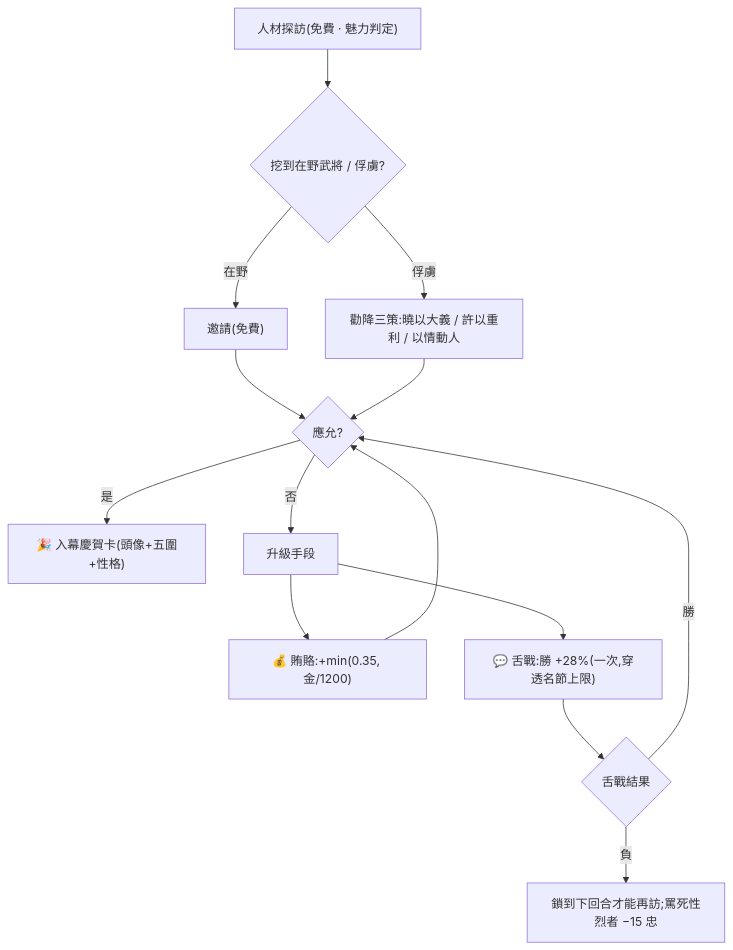
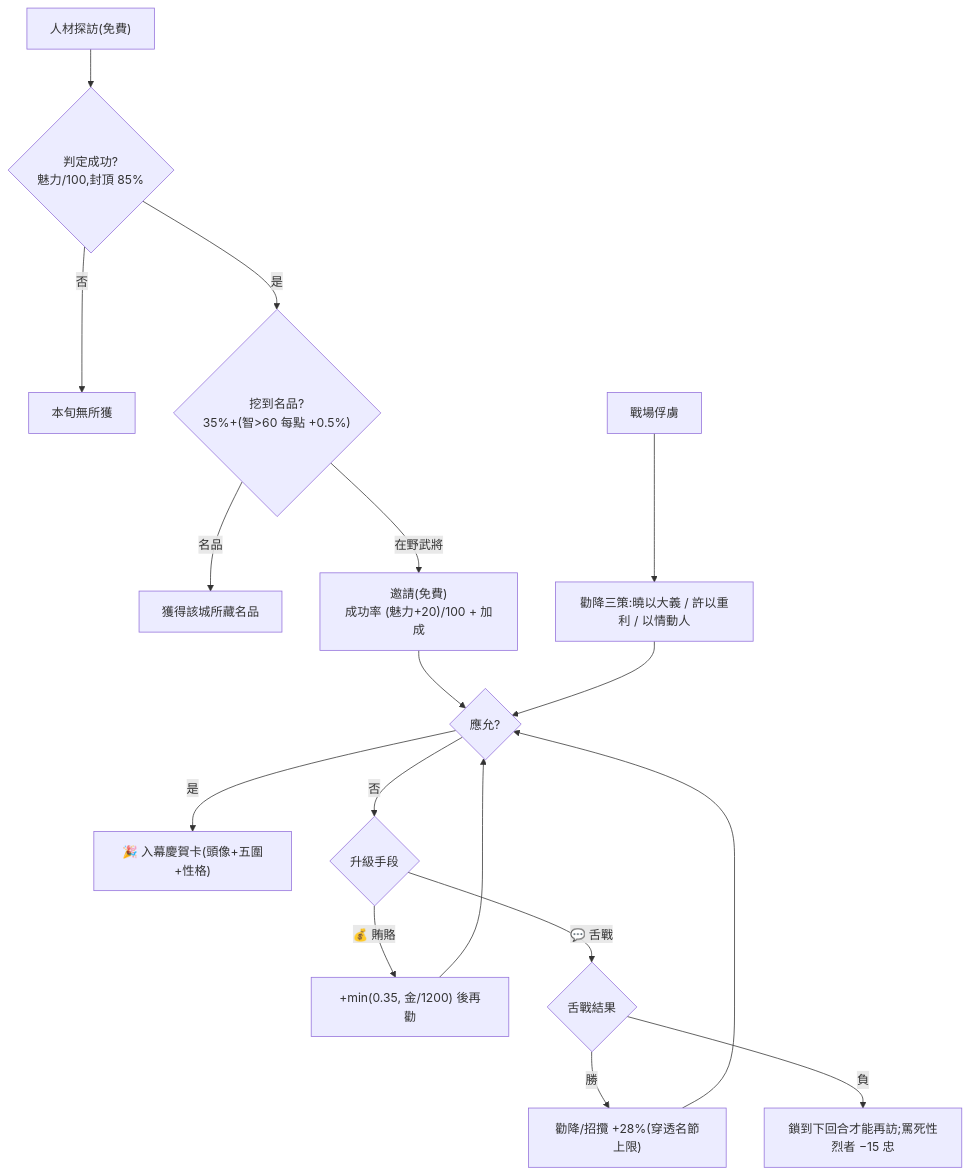
Before and after one commit to Seanye333/ThreeKingdomMasterIOS: the third of 5 diagrams in docs/GUIDE.md, drawn with Mermaid. The commit also changed other lines of this file, not shown here.

Commit message:
docs: 流程圖細化分支條件 — 招攬流程補上判定與分岔
圖3 招攬: was a single "在野/俘虜?" fork. Now models the real branches —
探訪 success roll (魅力/100, cap 85%), the item-vs-officer fork (35%+, +0.5%
per INT>60), invite odds ((魅力+20)/100), and the bribe/debate escalation
as labelled edges. 圖1: the endings branch now enumerates the six endings
instead of a generic "彈出結局".

````diff
--- a/docs/GUIDE.md
+++ b/docs/GUIDE.md
@@ -610,16 +610,19 @@
 ```mermaid
 flowchart TD
-  S["人材探訪(免費 · 魅力判定)"] --> R{"挖到在野武將 / 俘虜?"}
-  R -->|在野| A["邀請(免費)"]
-  R -->|俘虜| B["勸降三策:曉以大義 / 許以重利 / 以情動人"]
+  S["人材探訪(免費)"] --> HIT{"判定成功?<br/>魅力/100,封頂 85%"}
+  HIT -->|否| Z["本旬無所獲"]
+  HIT -->|是| WHAT{"挖到名品?<br/>35%+(智>60 每點 +0.5%)"}
+  WHAT -->|名品| ITEM["獲得該城所藏名品"]
+  WHAT -->|在野武將| A["邀請(免費)<br/>成功率 (魅力+20)/100 + 加成"]
+  CAP["戰場俘虜"] --> B["勸降三策:曉以大義 / 許以重利 / 以情動人"]
   A --> C{"應允?"}
   B --> C
   C -->|是| OK["🎉 入幕慶賀卡(頭像+五圍+性格)"]
-  C -->|否| ESC["升級手段"]
-  ESC --> G1["💰 賄賂:+min(0.35, 金/1200)"]
-  ESC --> G2["💬 舌戰:勝 +28%(一次,穿透名節上限)"]
+  C -->|否| ESC{"升級手段"}
+  ESC -->|💰 賄賂| G1["+min(0.35, 金/1200) 後再勸"]
+  ESC -->|💬 舌戰| G2{"舌戰結果"}
   G1 --> C
-  G2 --> RES{"舌戰結果"}
-  RES -->|勝| C
-  RES -->|負| L["鎖到下回合才能再訪;罵死性烈者 −15 忠"]
+  G2 -->|勝| WIN["勸降/招攬 +28%(穿透名節上限)"]
+  G2 -->|負| L["鎖到下回合才能再訪;罵死性烈者 −15 忠"]
+  WIN --> C
 ```
````
